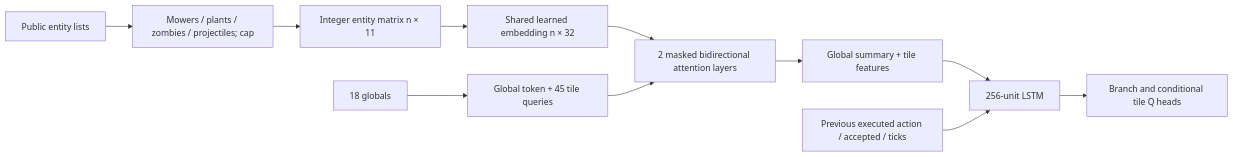
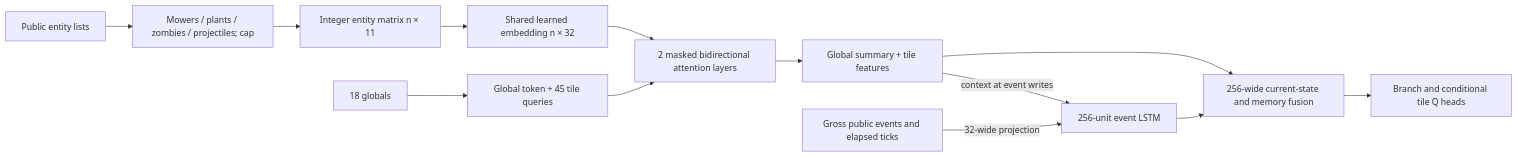
One commit to Comb1e/RL-Pvz changed the second of 9 diagrams in docs/architecture.md. Above: the diagram before and after it, drawn with Mermaid. The commit also changed other lines of this file and 95 other files, not shown here.

First line of the commit message:
feat(training): adopt event memory and balanced outcomes (#34)

````diff
--- a/docs/architecture.md
+++ b/docs/architecture.md
@@ -62,13 +64,15 @@
 ```mermaid
 flowchart LR
     Public[Public entity lists] --> Cap[Mowers / plants / zombies / projectiles; cap]
     Cap --> Raw[Integer entity matrix n × 11]
     Raw --> Embed[Shared learned embedding n × 32]
     Globals[18 globals] --> Readout[Global token + 45 tile queries]
     Embed --> Attention[2 masked bidirectional attention layers]
     Readout --> Attention
     Attention --> Summary[Global summary + tile features]
-    Summary --> LSTM[256-unit LSTM]
-    Feedback[Previous executed action / accepted / ticks] --> LSTM
-    LSTM --> Heads[Branch and conditional tile Q heads]
+    Summary --> Fusion[256-wide current-state and memory fusion]
+    Summary -->|context at event writes| LSTM[256-unit event LSTM]
+    Events[Gross public events and elapsed ticks] -->|32-wide projection| LSTM
+    LSTM --> Fusion
+    Fusion --> Heads[Branch and conditional tile Q heads]
 ```
````
